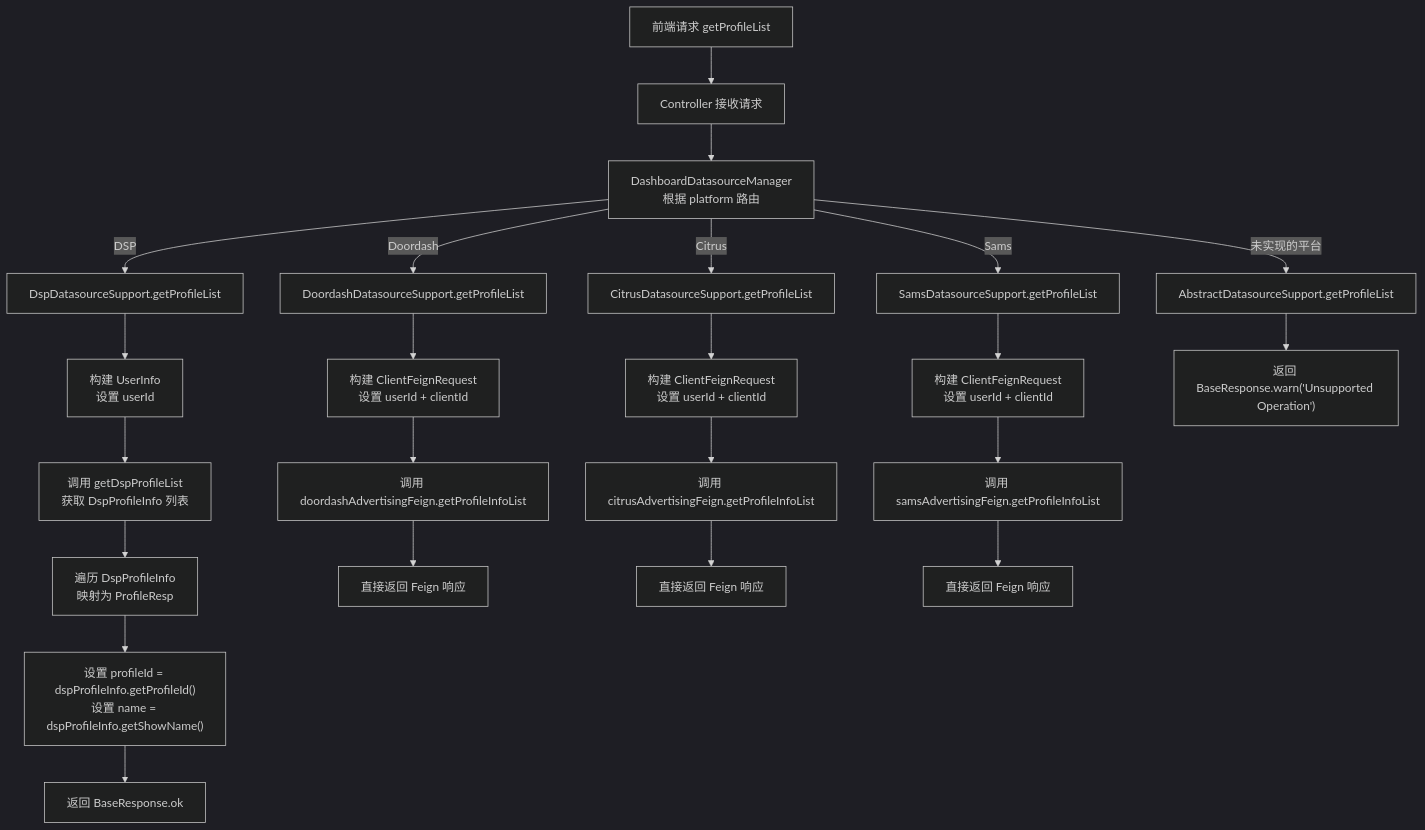
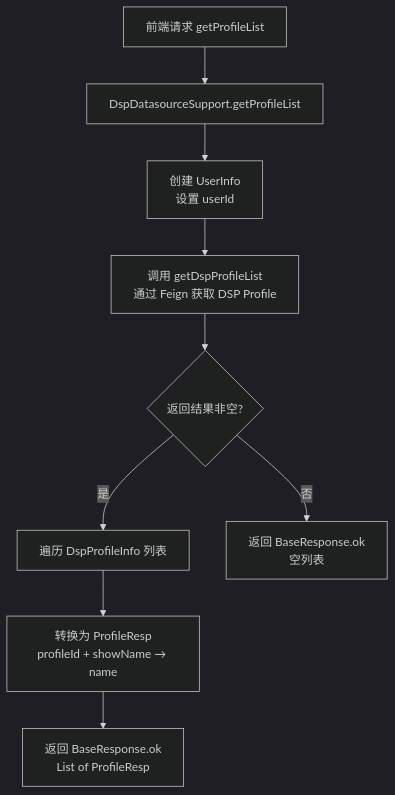
The second of 7 diagrams in output/04-data-source.md (suoweiwei-pacvue/document-automation), drawn with Mermaid (dark theme) before and after one commit. The commit also changed other lines of this file and 55 other files, not shown here.

````diff
--- a/output/04-data-source.md
+++ b/output/04-data-source.md
@@ -338,30 +390,11 @@
 ```mermaid
 flowchart TD
-    A[前端请求 getProfileList] --> B[Controller 接收请求]
-    B --> C[DashboardDatasourceManager<br/>根据 platform 路由]
-    
-    C -->|DSP| D[DspDatasourceSupport.getProfileList]
-    D --> D1[构建 UserInfo<br/>设置 userId]
-    D1 --> D2[调用 getDspProfileList<br/>获取 DspProfileInfo 列表]
-    D2 --> D3[遍历 DspProfileInfo<br/>映射为 ProfileResp]
-    D3 --> D4["设置 profileId = dspProfileInfo.getProfileId()<br/>设置 name = dspProfileInfo.getShowName()"]
-    D4 --> D5[返回 BaseResponse.ok]
-    
-    C -->|Doordash| E[DoordashDatasourceSupport.getProfileList]
-    E --> E1[构建 ClientFeignRequest<br/>设置 userId + clientId]
-    E1 --> E2[调用 doordashAdvertisingFeign.getProfileInfoList]
-    E2 --> E3[直接返回 Feign 响应]
-    
-    C -->|Citrus| F[CitrusDatasourceSupport.getProfileList]
-    F --> F1[构建 ClientFeignRequest<br/>设置 userId + clientId]
-    F1 --> F2[调用 citrusAdvertisingFeign.getProfileInfoList]
-    F2 --> F3[直接返回 Feign 响应]
-    
-    C -->|Sams| G[SamsDatasourceSupport.getProfileList]
-    G --> G1[构建 ClientFeignRequest<br/>设置 userId + clientId]
-    G1 --> G2[调用 samsAdvertisingFeign.getProfileInfoList]
-    G2 --> G3[直接返回 Feign 响应]
-    
-    C -->|未实现的平台| H[AbstractDatasourceSupport.getProfileList]
-    H --> H1["返回 BaseResponse.warn('Unsupported Operation')"]
+    A[前端请求 getProfileList] --> B[DspDatasourceSupport.getProfileList]
+    B --> C[创建 UserInfo<br/>设置 userId]
+    C --> D[调用 getDspProfileList<br/>通过 Feign 获取 DSP Profile]
+    D --> E{返回结果非空?}
+    E -->|是| F[遍历 DspProfileInfo 列表]
+    F --> G[转换为 ProfileResp<br/>profileId + showName → name]
+    G --> H[返回 BaseResponse.ok<br/>List of ProfileResp]
+    E -->|否| I[返回 BaseResponse.ok<br/>空列表]
 ```
````
